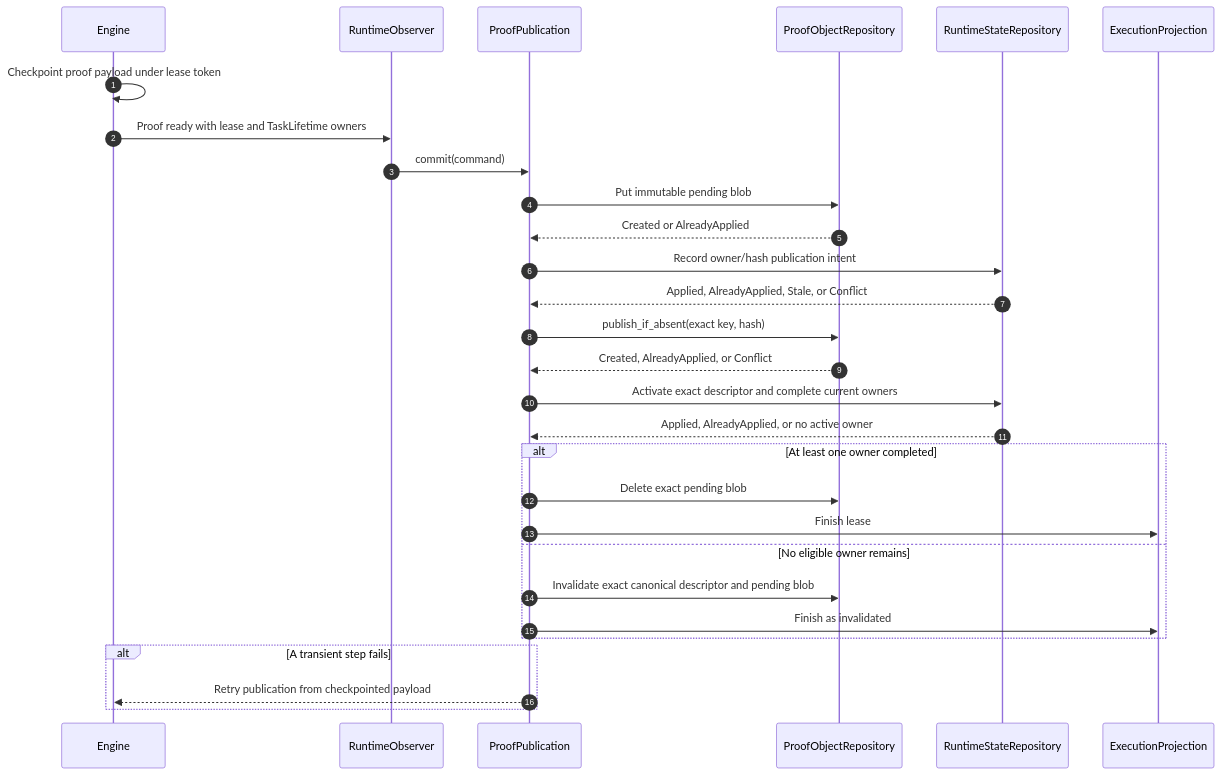
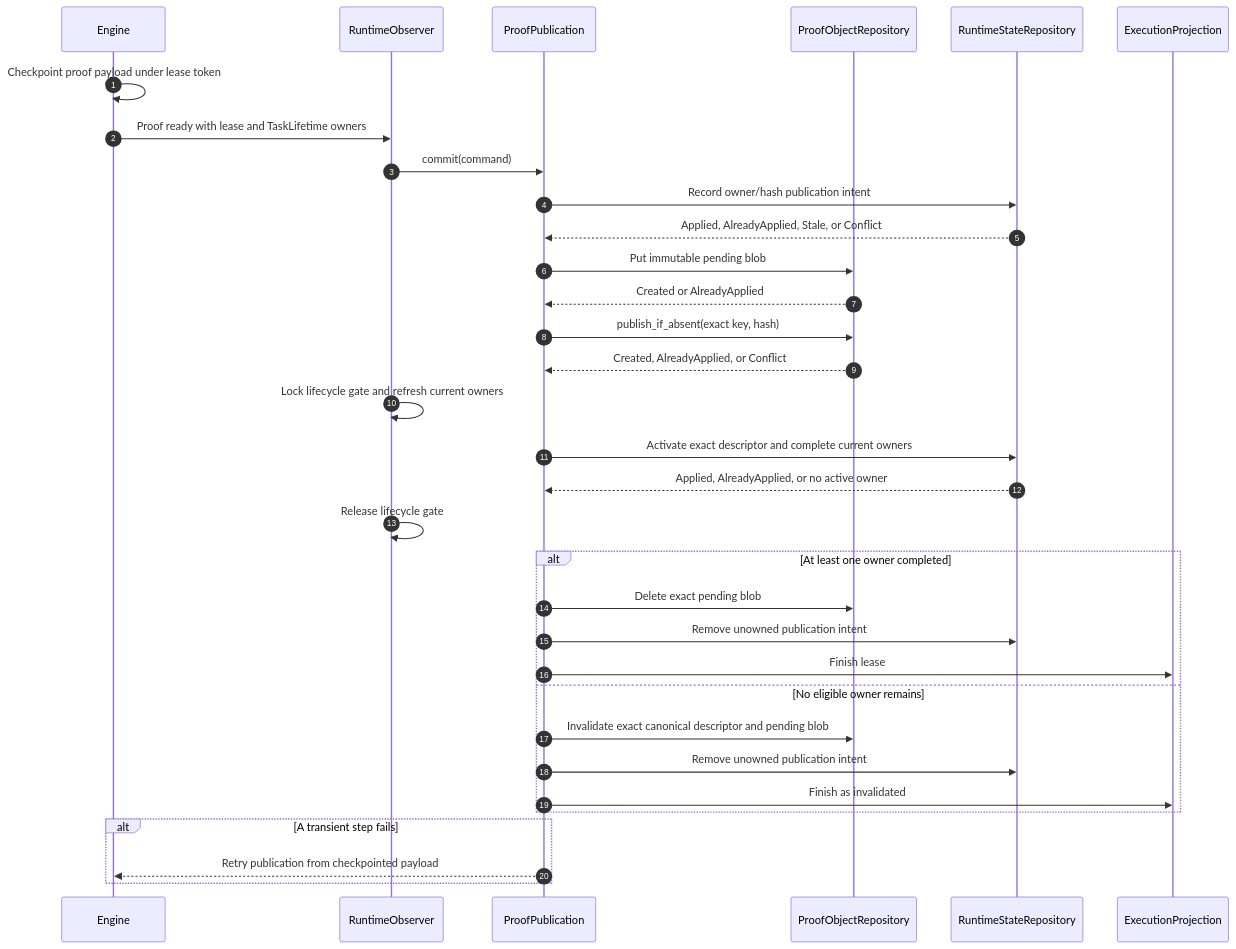
The eighth of 14 diagrams in docs/architecture.md (taikoxyz/raiko2), drawn with Mermaid before and after one commit. The commit also changed other lines of this file and 39 other files, not shown here.

````diff
--- a/docs/architecture.md
+++ b/docs/architecture.md
@@ -349,32 +443,36 @@
 ```mermaid
 sequenceDiagram
   autonumber
   participant Engine
   participant Observer as RuntimeObserver
   participant Publish as ProofPublication
   participant Objects as ProofObjectRepository
   participant State as RuntimeStateRepository
   participant Queue as ExecutionProjection
 
   Engine->>Engine: Checkpoint proof payload under lease token
   Engine->>Observer: Proof ready with lease and TaskLifetime owners
   Observer->>Publish: commit(command)
+  Publish->>State: Record owner/hash publication intent
+  State-->>Publish: Applied, AlreadyApplied, Stale, or Conflict
   Publish->>Objects: Put immutable pending blob
   Objects-->>Publish: Created or AlreadyApplied
-  Publish->>State: Record owner/hash publication intent
-  State-->>Publish: Applied, AlreadyApplied, Stale, or Conflict
   Publish->>Objects: publish_if_absent(exact key, hash)
   Objects-->>Publish: Created, AlreadyApplied, or Conflict
+  Observer->>Observer: Lock lifecycle gate and refresh current owners
   Publish->>State: Activate exact descriptor and complete current owners
   State-->>Publish: Applied, AlreadyApplied, or no active owner
+  Observer->>Observer: Release lifecycle gate
   alt At least one owner completed
     Publish->>Objects: Delete exact pending blob
+    Publish->>State: Remove unowned publication intent
     Publish->>Queue: Finish lease
   else No eligible owner remains
     Publish->>Objects: Invalidate exact canonical descriptor and pending blob
+    Publish->>State: Remove unowned publication intent
     Publish->>Queue: Finish as invalidated
   end
   alt A transient step fails
     Publish-->>Engine: Retry publication from checkpointed payload
   end
 ```
````
